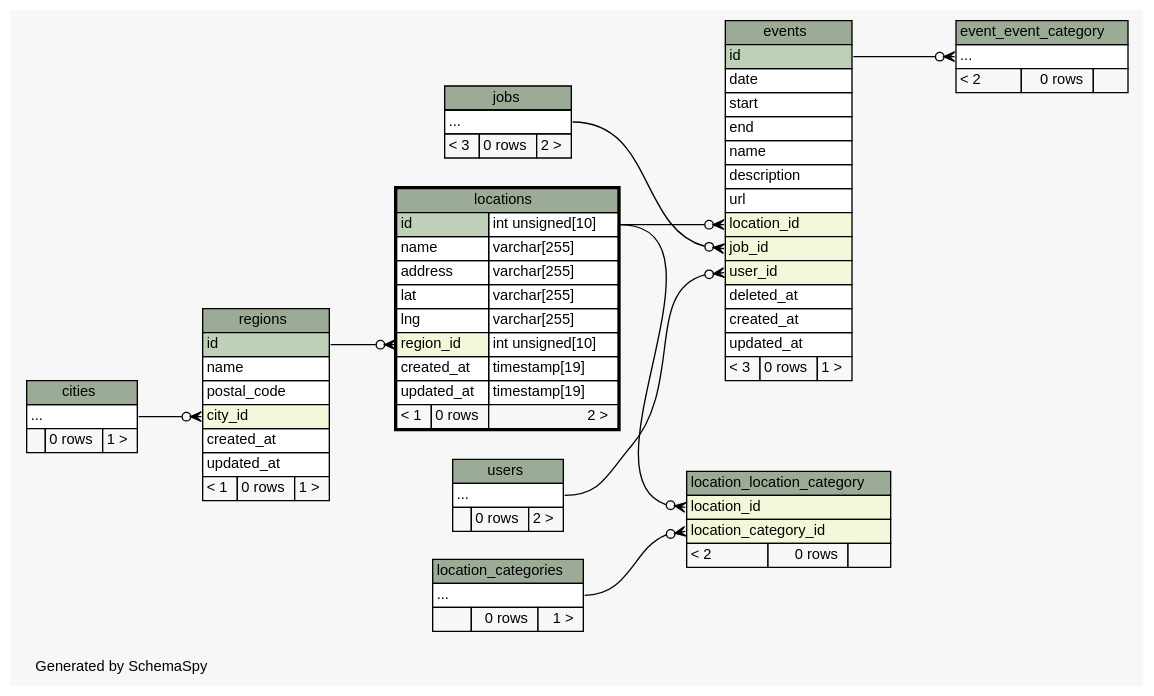
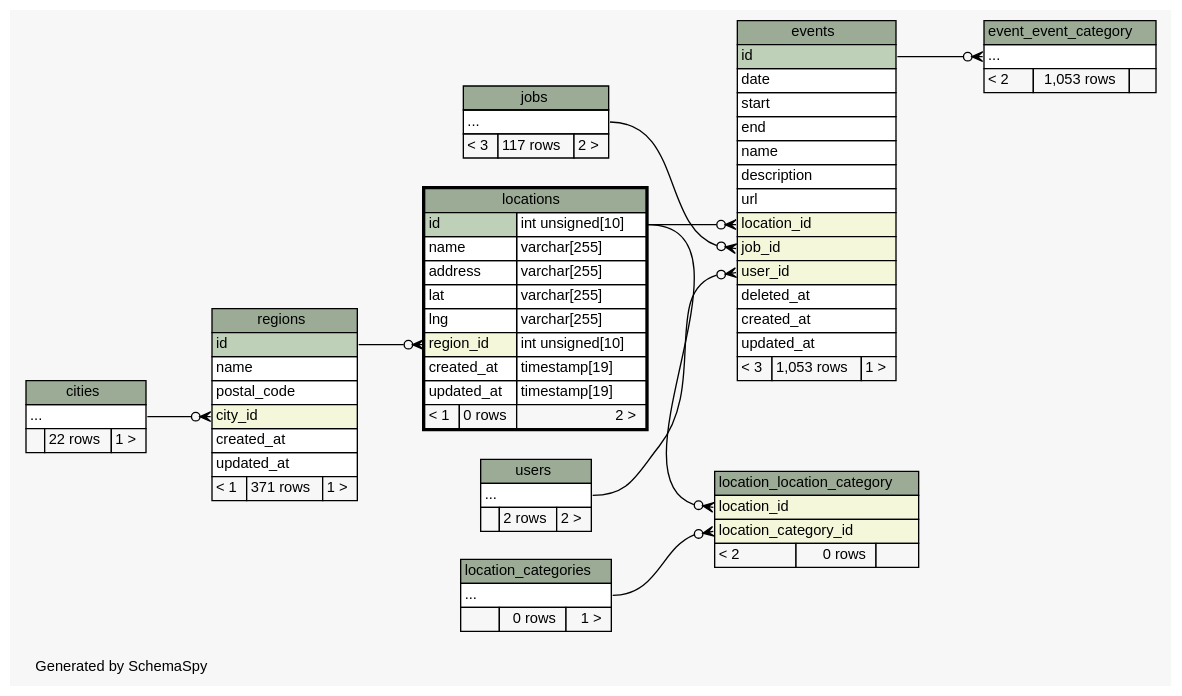
Before and after one commit to g0v/poli-radar-api: the diagram in docs/diagrams/locations.2degrees.dot, drawn with Graphviz. The commit also changed 105 other files, not shown here.

Commit message:
updated diagram

```diff
--- a/docs/diagrams/locations.2degrees.dot
+++ b/docs/diagrams/locations.2degrees.dot
@@ -1,145 +1,145 @@
 // dot 2.28.0 on Windows 10 10.0
 // SchemaSpy rev 590
 digraph "twoDegreesRelationshipsDiagram" {
   graph [
     rankdir="RL"
     bgcolor="#f7f7f7"
     label="\nGenerated by SchemaSpy"
     labeljust="l"
     nodesep="0.18"
     ranksep="0.46"
     fontname="Helvetica"
     fontsize="11"
   ];
   node [
     fontname="Helvetica"
     fontsize="11"
     shape="plaintext"
   ];
   edge [
     arrowsize="0.8"
   ];
   "event_event_category":"elipses":w -> "events":"id":e [arrowhead=none dir=back arrowtail=crowodot];
   "events":"job_id":w -> "jobs":"elipses":e [arrowhead=none dir=back arrowtail=crowodot];
   "events":"location_id":w -> "locations":"id.type":e [arrowhead=none dir=back arrowtail=crowodot];
   "events":"user_id":w -> "users":"elipses":e [arrowhead=none dir=back arrowtail=crowodot];
   "location_location_category":"location_category_id":w -> "location_categories":"elipses":e [arrowhead=none dir=back arrowtail=crowodot];
   "location_location_category":"location_id":w -> "locations":"id.type":e [arrowhead=none dir=back arrowtail=crowodot];
   "locations":"region_id":w -> "regions":"id":e [arrowhead=none dir=back arrowtail=crowodot];
   "regions":"city_id":w -> "cities":"elipses":e [arrowhead=none dir=back arrowtail=crowodot];
   "cities" [
     label=<
     <TABLE BORDER="0" CELLBORDER="1" CELLSPACING="0" BGCOLOR="#ffffff">
       <TR><TD COLSPAN="3" BGCOLOR="#9bab96" ALIGN="CENTER">cities</TD></TR>
       <TR><TD PORT="elipses" COLSPAN="3" ALIGN="LEFT">...</TD></TR>
-      <TR><TD ALIGN="LEFT" BGCOLOR="#f7f7f7">  </TD><TD ALIGN="RIGHT" BGCOLOR="#f7f7f7">0 rows</TD><TD ALIGN="RIGHT" BGCOLOR="#f7f7f7">1 &gt;</TD></TR>
+      <TR><TD ALIGN="LEFT" BGCOLOR="#f7f7f7">  </TD><TD ALIGN="RIGHT" BGCOLOR="#f7f7f7">22 rows</TD><TD ALIGN="RIGHT" BGCOLOR="#f7f7f7">1 &gt;</TD></TR>
     </TABLE>>
     URL="cities.html"
     tooltip="cities"
   ];
   "event_event_category" [
     label=<
     <TABLE BORDER="0" CELLBORDER="1" CELLSPACING="0" BGCOLOR="#ffffff">
       <TR><TD COLSPAN="3" BGCOLOR="#9bab96" ALIGN="CENTER">event_event_category</TD></TR>
       <TR><TD PORT="elipses" COLSPAN="3" ALIGN="LEFT">...</TD></TR>
-      <TR><TD ALIGN="LEFT" BGCOLOR="#f7f7f7">&lt; 2</TD><TD ALIGN="RIGHT" BGCOLOR="#f7f7f7">0 rows</TD><TD ALIGN="RIGHT" BGCOLOR="#f7f7f7">  </TD></TR>
+      <TR><TD ALIGN="LEFT" BGCOLOR="#f7f7f7">&lt; 2</TD><TD ALIGN="RIGHT" BGCOLOR="#f7f7f7">1,053 rows</TD><TD ALIGN="RIGHT" BGCOLOR="#f7f7f7">  </TD></TR>
     </TABLE>>
     URL="event_event_category.html"
     tooltip="event_event_category"
   ];
   "events" [
     label=<
     <TABLE BORDER="0" CELLBORDER="1" CELLSPACING="0" BGCOLOR="#ffffff">
       <TR><TD COLSPAN="3" BGCOLOR="#9bab96" ALIGN="CENTER">events</TD></TR>
       <TR><TD PORT="id" COLSPAN="3" BGCOLOR="#bed1b8" ALIGN="LEFT">id</TD></TR>
       <TR><TD PORT="date" COLSPAN="3" ALIGN="LEFT">date</TD></TR>
       <TR><TD PORT="start" COLSPAN="3" ALIGN="LEFT">start</TD></TR>
       <TR><TD PORT="end" COLSPAN="3" ALIGN="LEFT">end</TD></TR>
       <TR><TD PORT="name" COLSPAN="3" ALIGN="LEFT">name</TD></TR>
       <TR><TD PORT="description" COLSPAN="3" ALIGN="LEFT">description</TD></TR>
       <TR><TD PORT="url" COLSPAN="3" ALIGN="LEFT">url</TD></TR>
       <TR><TD PORT="location_id" COLSPAN="3" BGCOLOR="#f4f7da" ALIGN="LEFT">location_id</TD></TR>
       <TR><TD PORT="job_id" COLSPAN="3" BGCOLOR="#f4f7da" ALIGN="LEFT">job_id</TD></TR>
       <TR><TD PORT="user_id" COLSPAN="3" BGCOLOR="#f4f7da" ALIGN="LEFT">user_id</TD></TR>
       <TR><TD PORT="deleted_at" COLSPAN="3" ALIGN="LEFT">deleted_at</TD></TR>
       <TR><TD PORT="created_at" COLSPAN="3" ALIGN="LEFT">created_at</TD></TR>
       <TR><TD PORT="updated_at" COLSPAN="3" ALIGN="LEFT">updated_at</TD></TR>
-      <TR><TD ALIGN="LEFT" BGCOLOR="#f7f7f7">&lt; 3</TD><TD ALIGN="RIGHT" BGCOLOR="#f7f7f7">0 rows</TD><TD ALIGN="RIGHT" BGCOLOR="#f7f7f7">1 &gt;</TD></TR>
+      <TR><TD ALIGN="LEFT" BGCOLOR="#f7f7f7">&lt; 3</TD><TD ALIGN="RIGHT" BGCOLOR="#f7f7f7">1,053 rows</TD><TD ALIGN="RIGHT" BGCOLOR="#f7f7f7">1 &gt;</TD></TR>
     </TABLE>>
     URL="events.html"
     tooltip="events"
   ];
   "jobs" [
     label=<
     <TABLE BORDER="0" CELLBORDER="1" CELLSPACING="0" BGCOLOR="#ffffff">
       <TR><TD COLSPAN="3" BGCOLOR="#9bab96" ALIGN="CENTER">jobs</TD></TR>
       <TR><TD PORT="elipses" COLSPAN="3" ALIGN="LEFT">...</TD></TR>
-      <TR><TD ALIGN="LEFT" BGCOLOR="#f7f7f7">&lt; 3</TD><TD ALIGN="RIGHT" BGCOLOR="#f7f7f7">0 rows</TD><TD ALIGN="RIGHT" BGCOLOR="#f7f7f7">2 &gt;</TD></TR>
+      <TR><TD ALIGN="LEFT" BGCOLOR="#f7f7f7">&lt; 3</TD><TD ALIGN="RIGHT" BGCOLOR="#f7f7f7">117 rows</TD><TD ALIGN="RIGHT" BGCOLOR="#f7f7f7">2 &gt;</TD></TR>
     </TABLE>>
     URL="jobs.html"
     tooltip="jobs"
   ];
   "location_categories" [
     label=<
     <TABLE BORDER="0" CELLBORDER="1" CELLSPACING="0" BGCOLOR="#ffffff">
       <TR><TD COLSPAN="3" BGCOLOR="#9bab96" ALIGN="CENTER">location_categories</TD></TR>
       <TR><TD PORT="elipses" COLSPAN="3" ALIGN="LEFT">...</TD></TR>
       <TR><TD ALIGN="LEFT" BGCOLOR="#f7f7f7">  </TD><TD ALIGN="RIGHT" BGCOLOR="#f7f7f7">0 rows</TD><TD ALIGN="RIGHT" BGCOLOR="#f7f7f7">1 &gt;</TD></TR>
     </TABLE>>
     URL="location_categories.html"
     tooltip="location_categories"
   ];
   "location_location_category" [
     label=<
     <TABLE BORDER="0" CELLBORDER="1" CELLSPACING="0" BGCOLOR="#ffffff">
       <TR><TD COLSPAN="3" BGCOLOR="#9bab96" ALIGN="CENTER">location_location_category</TD></TR>
       <TR><TD PORT="location_id" COLSPAN="3" BGCOLOR="#f4f7da" ALIGN="LEFT">location_id</TD></TR>
       <TR><TD PORT="location_category_id" COLSPAN="3" BGCOLOR="#f4f7da" ALIGN="LEFT">location_category_id</TD></TR>
       <TR><TD ALIGN="LEFT" BGCOLOR="#f7f7f7">&lt; 2</TD><TD ALIGN="RIGHT" BGCOLOR="#f7f7f7">0 rows</TD><TD ALIGN="RIGHT" BGCOLOR="#f7f7f7">  </TD></TR>
     </TABLE>>
     URL="location_location_category.html"
     tooltip="location_location_category"
   ];
   "locations" [
     label=<
     <TABLE BORDER="2" CELLBORDER="1" CELLSPACING="0" BGCOLOR="#ffffff">
       <TR><TD COLSPAN="3" BGCOLOR="#9bab96" ALIGN="CENTER">locations</TD></TR>
       <TR><TD PORT="id" COLSPAN="2" BGCOLOR="#bed1b8" ALIGN="LEFT">id</TD><TD PORT="id.type" ALIGN="LEFT">int unsigned[10]</TD></TR>
       <TR><TD PORT="name" COLSPAN="2" ALIGN="LEFT">name</TD><TD PORT="name.type" ALIGN="LEFT">varchar[255]</TD></TR>
       <TR><TD PORT="address" COLSPAN="2" ALIGN="LEFT">address</TD><TD PORT="address.type" ALIGN="LEFT">varchar[255]</TD></TR>
       <TR><TD PORT="lat" COLSPAN="2" ALIGN="LEFT">lat</TD><TD PORT="lat.type" ALIGN="LEFT">varchar[255]</TD></TR>
       <TR><TD PORT="lng" COLSPAN="2" ALIGN="LEFT">lng</TD><TD PORT="lng.type" ALIGN="LEFT">varchar[255]</TD></TR>
       <TR><TD PORT="region_id" COLSPAN="2" BGCOLOR="#f4f7da" ALIGN="LEFT">region_id</TD><TD PORT="region_id.type" ALIGN="LEFT">int unsigned[10]</TD></TR>
       <TR><TD PORT="created_at" COLSPAN="2" ALIGN="LEFT">created_at</TD><TD PORT="created_at.type" ALIGN="LEFT">timestamp[19]</TD></TR>
       <TR><TD PORT="updated_at" COLSPAN="2" ALIGN="LEFT">updated_at</TD><TD PORT="updated_at.type" ALIGN="LEFT">timestamp[19]</TD></TR>
       <TR><TD ALIGN="LEFT" BGCOLOR="#f7f7f7">&lt; 1</TD><TD ALIGN="RIGHT" BGCOLOR="#f7f7f7">0 rows</TD><TD ALIGN="RIGHT" BGCOLOR="#f7f7f7">2 &gt;</TD></TR>
     </TABLE>>
     URL="locations.html"
     tooltip="locations"
   ];
   "regions" [
     label=<
     <TABLE BORDER="0" CELLBORDER="1" CELLSPACING="0" BGCOLOR="#ffffff">
       <TR><TD COLSPAN="3" BGCOLOR="#9bab96" ALIGN="CENTER">regions</TD></TR>
       <TR><TD PORT="id" COLSPAN="3" BGCOLOR="#bed1b8" ALIGN="LEFT">id</TD></TR>
       <TR><TD PORT="name" COLSPAN="3" ALIGN="LEFT">name</TD></TR>
       <TR><TD PORT="postal_code" COLSPAN="3" ALIGN="LEFT">postal_code</TD></TR>
       <TR><TD PORT="city_id" COLSPAN="3" BGCOLOR="#f4f7da" ALIGN="LEFT">city_id</TD></TR>
       <TR><TD PORT="created_at" COLSPAN="3" ALIGN="LEFT">created_at</TD></TR>
       <TR><TD PORT="updated_at" COLSPAN="3" ALIGN="LEFT">updated_at</TD></TR>
-      <TR><TD ALIGN="LEFT" BGCOLOR="#f7f7f7">&lt; 1</TD><TD ALIGN="RIGHT" BGCOLOR="#f7f7f7">0 rows</TD><TD ALIGN="RIGHT" BGCOLOR="#f7f7f7">1 &gt;</TD></TR>
+      <TR><TD ALIGN="LEFT" BGCOLOR="#f7f7f7">&lt; 1</TD><TD ALIGN="RIGHT" BGCOLOR="#f7f7f7">371 rows</TD><TD ALIGN="RIGHT" BGCOLOR="#f7f7f7">1 &gt;</TD></TR>
     </TABLE>>
     URL="regions.html"
     tooltip="regions"
   ];
   "users" [
     label=<
     <TABLE BORDER="0" CELLBORDER="1" CELLSPACING="0" BGCOLOR="#ffffff">
       <TR><TD COLSPAN="3" BGCOLOR="#9bab96" ALIGN="CENTER">users</TD></TR>
       <TR><TD PORT="elipses" COLSPAN="3" ALIGN="LEFT">...</TD></TR>
-      <TR><TD ALIGN="LEFT" BGCOLOR="#f7f7f7">  </TD><TD ALIGN="RIGHT" BGCOLOR="#f7f7f7">0 rows</TD><TD ALIGN="RIGHT" BGCOLOR="#f7f7f7">2 &gt;</TD></TR>
+      <TR><TD ALIGN="LEFT" BGCOLOR="#f7f7f7">  </TD><TD ALIGN="RIGHT" BGCOLOR="#f7f7f7">2 rows</TD><TD ALIGN="RIGHT" BGCOLOR="#f7f7f7">2 &gt;</TD></TR>
     </TABLE>>
     URL="users.html"
     tooltip="users"
   ];
 }
```
